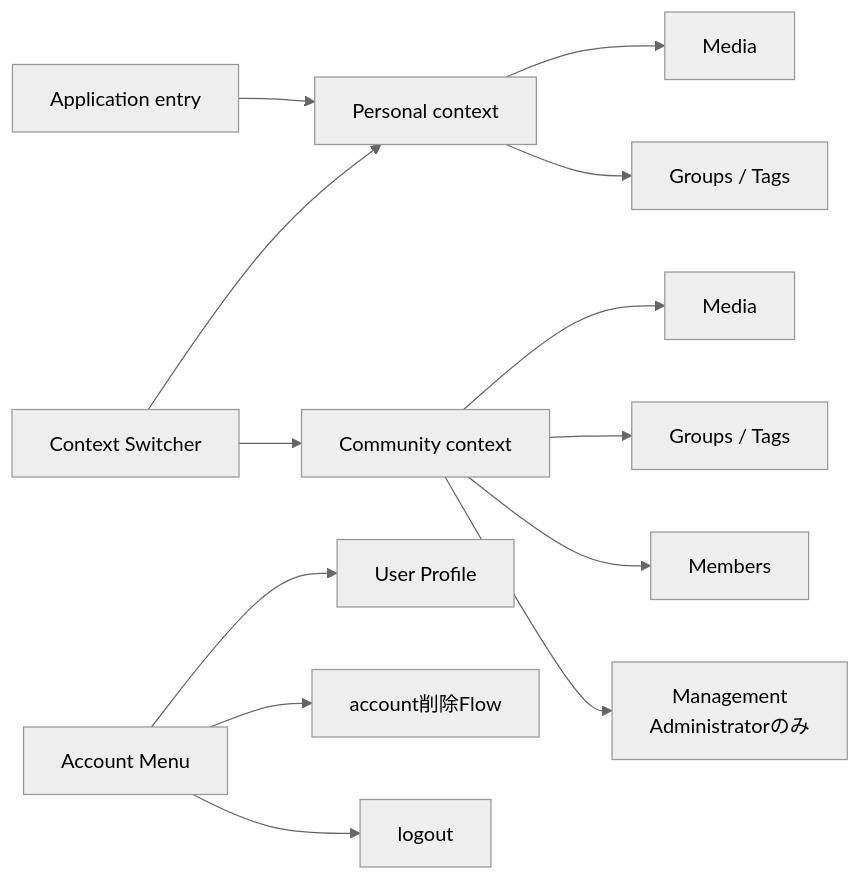
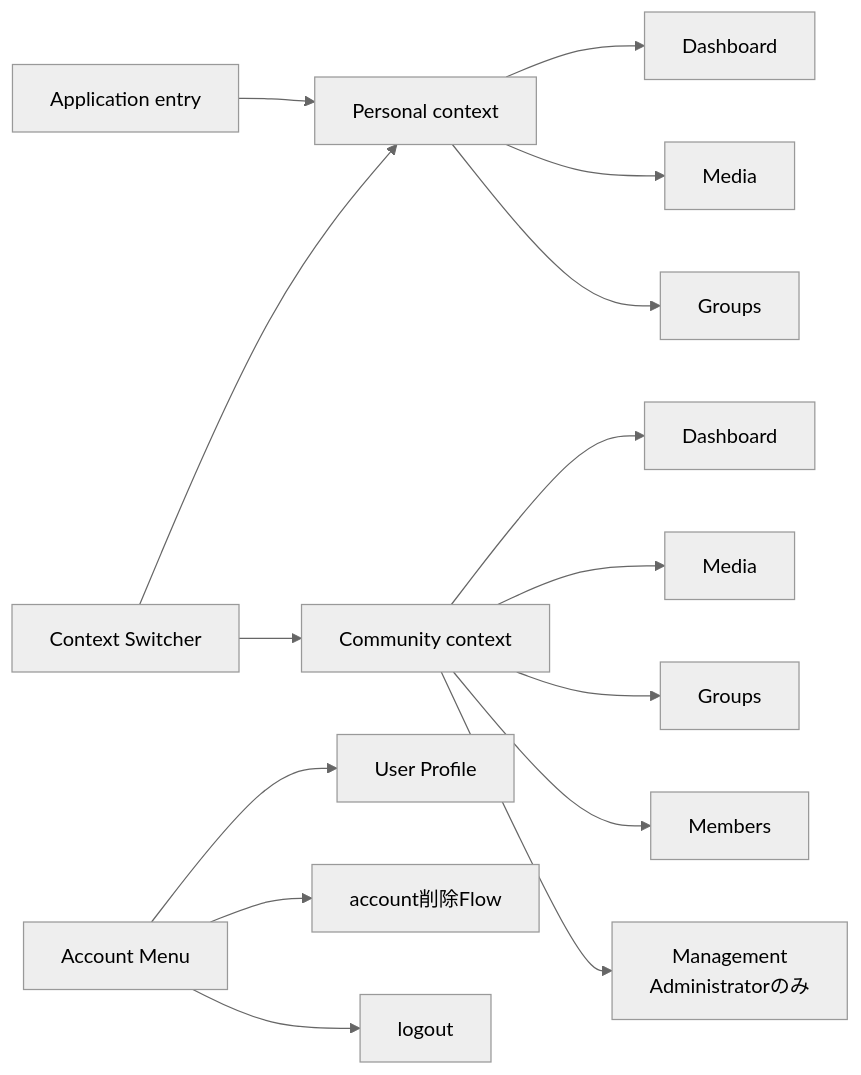
Before and after one commit to hazuki3417/memoria-design: the diagram in content/system/application-information-architecture.mdx, drawn with Mermaid (neutral theme). The commit also changed other lines of this file and 16 other files, not shown here.

````diff
--- a/content/system/application-information-architecture.mdx
+++ b/content/system/application-information-architecture.mdx
@@ -19,15 +19,17 @@
 ```mermaid
 flowchart LR
     Entry["Application entry"] --> Personal["Personal context"]
+    Personal --> PDashboard["Dashboard"]
     Personal --> PMedia["Media"]
-    Personal --> PClass["Groups / Tags"]
+    Personal --> PGroups["Groups"]
     Switcher["Context Switcher"] --> Personal
     Switcher --> Community["Community context"]
+    Community --> CDashboard["Dashboard"]
     Community --> CMedia["Media"]
-    Community --> CClass["Groups / Tags"]
+    Community --> CGroups["Groups"]
     Community --> Members["Members"]
     Community --> Management["Management<br/>Administratorのみ"]
     Account["Account Menu"] --> Profile["User Profile"]
     Account --> Deletion["account削除Flow"]
     Account --> Logout["logout"]
 ```
````
